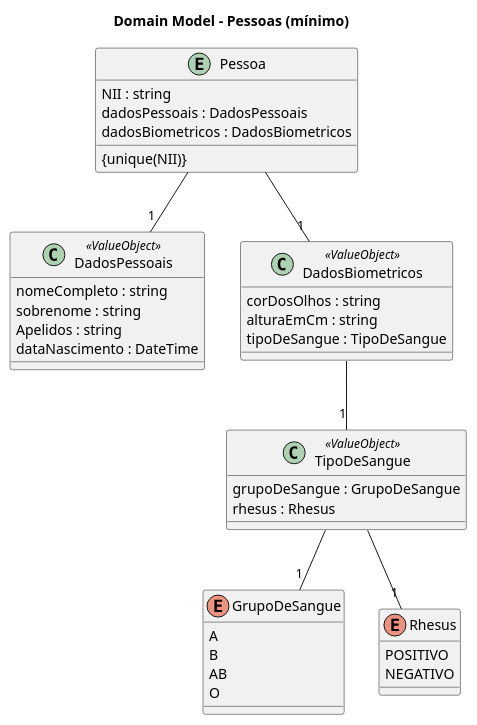
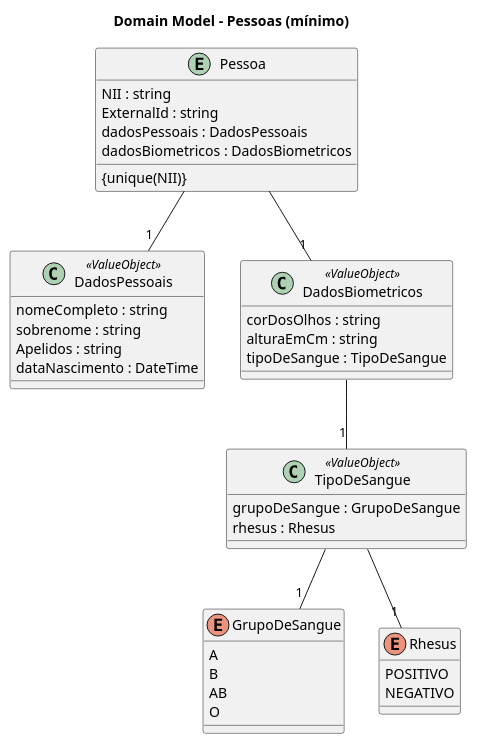
One commit to Raimundo82/pessoas-integracao changed the diagram in docs/domain/domain.md. Above: the diagram before and after it, drawn with PlantUML. The commit also changed 6 other files, not shown here.

````diff
--- a/docs/domain/domain.md
+++ b/docs/domain/domain.md
@@ -3,50 +3,51 @@
 ```plantuml
 @startuml domain-model-pessoas
 
 title Domain Model – Pessoas (mínimo)
 
 Entity Pessoa {
   NII : string
+  ExternalId : string
   dadosPessoais : DadosPessoais
   dadosBiometricos : DadosBiometricos
 }
 
 class DadosPessoais << ValueObject >> {
   nomeCompleto : string
   sobrenome : string
   Apelidos : string
   dataNascimento : DateTime
 }
 
 class DadosBiometricos << ValueObject >> {
   corDosOlhos : string
   alturaEmCm : string
   tipoDeSangue : TipoDeSangue
 }
 
 class TipoDeSangue << ValueObject >>{
     grupoDeSangue : GrupoDeSangue
     rhesus : Rhesus
 }
 
 enum GrupoDeSangue {
     A
     B
     AB
     O
 }
 
 enum Rhesus {
     POSITIVO
     NEGATIVO
 }
 
 Pessoa : {unique(NII)}
 Pessoa -- "1" DadosPessoais
 Pessoa -- "1" DadosBiometricos
 DadosBiometricos -- "1" TipoDeSangue
 TipoDeSangue -- "1" GrupoDeSangue
 TipoDeSangue -- "1" Rhesus
 
 @enduml
 ```
````
